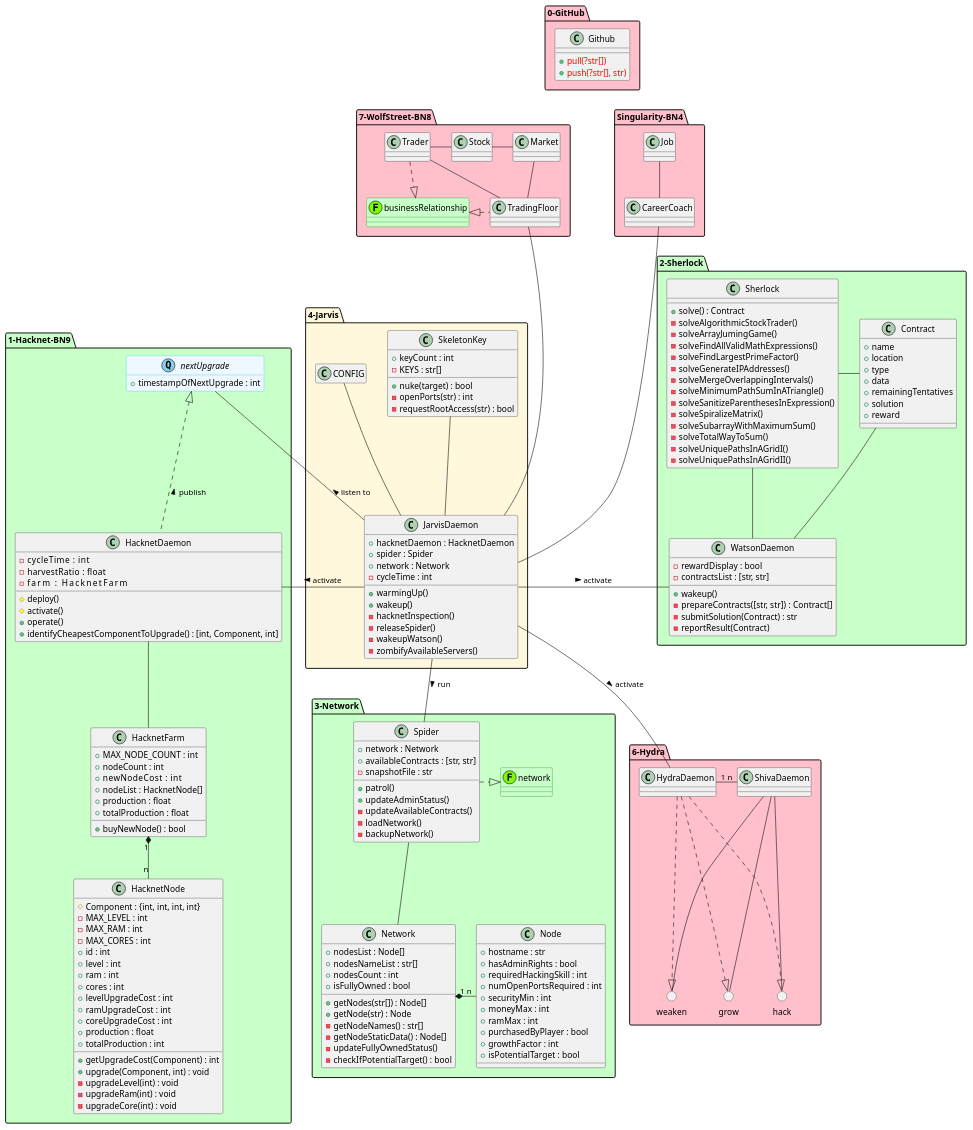
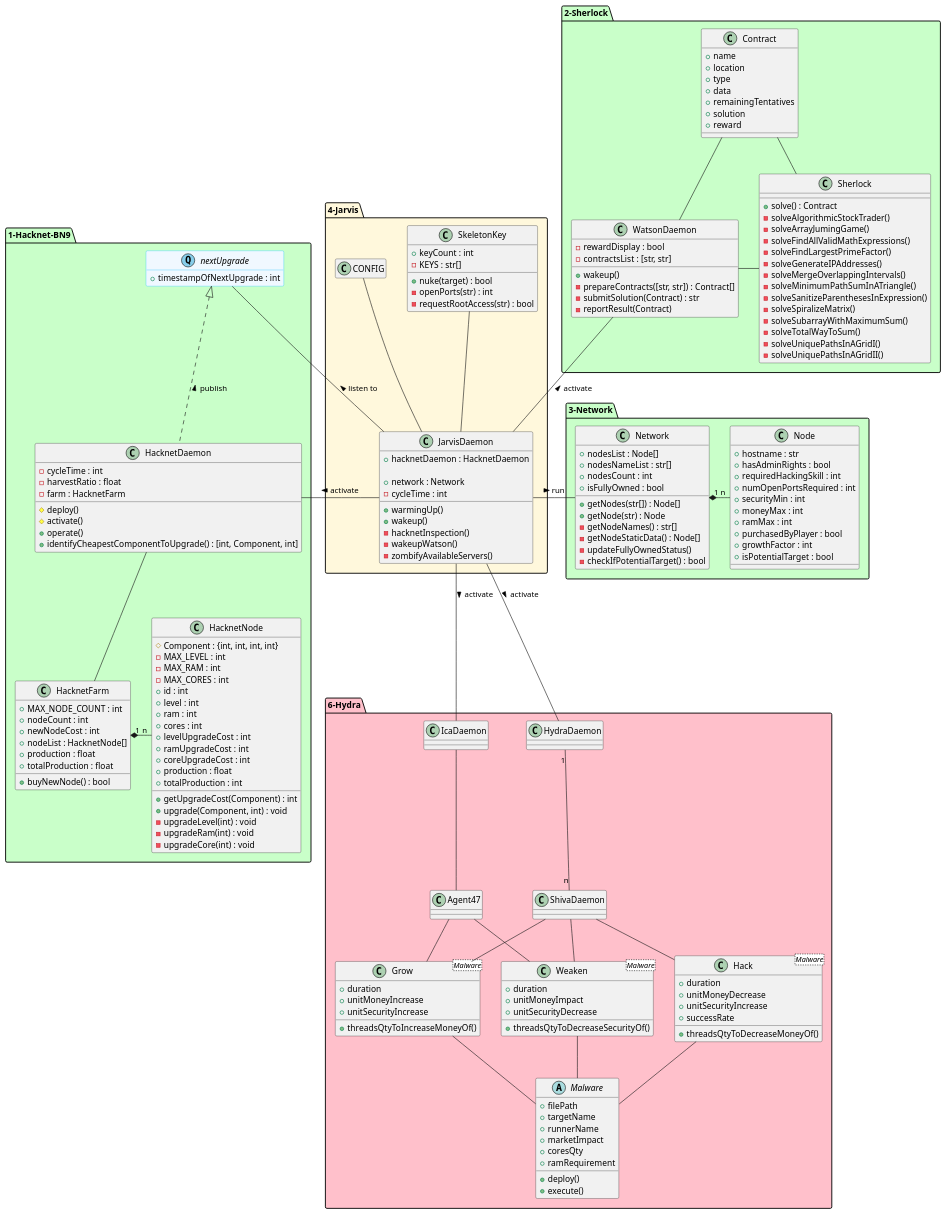
The diagram in assets/classdiagram.iuml (Desvart/bitburner), drawn with PlantUML before and after one commit. The commit also changed 30 other files, not shown here.

```diff
--- a/assets/classdiagram.iuml
+++ b/assets/classdiagram.iuml
@@ -2,13 +2,6 @@
 'https://plantuml-editor.kkeisuke.dev/
 
 'interface NetworkLastUpdate <<Q, skyblue>> #aliceblue;line:deepskyblue {}
-
-package 0-GitHub #pink{
-  class Github {
-    +<color:#red>pull(?str[])
-    +<color:#red>push(?str[], str)
-  }
-}
 
 package 1-Hacknet-BN9 #technology{
   hide empty member
@@ -19,32 +12,25 @@
   'entity hacknet <<F, lawngreen>> #technology;line:green {}
 
   class HacknetDaemon {
-    -cycleTime    : int
-    -harvestRatio   : float
-    -farm           : HacknetFarm
-    '-availableFunds : int
-    '-turnover       : int
+    -cycleTime : int
+    -harvestRatio : float
+    -farm : HacknetFarm
     
     #deploy()
     #activate()
     +operate()
     +identifyCheapestComponentToUpgrade() : [int, Component, int]
-    '-identifyMostProfitableUpgrade() : [int, str]
   }
 
   class HacknetFarm {
     +MAX_NODE_COUNT : int
     +nodeCount : int
-    +newNodeCost    : int
+    +newNodeCost : int
     +nodeList : HacknetNode[]
     +production : float
     +totalProduction : float
-    '-investment : float
-    '-funds : float
-    
-    '+saveSnapshot() : bool
+
     +buyNewNode() : bool
-    
   }
 
   'class HacknetNode <HacknetEntity> {
@@ -118,18 +104,6 @@
 
 package 3-Network #technology{
 
-  class Spider {
-    +network : Network
-    +availableContracts : [str, str]
-    -snapshotFile : str
-
-    +patrol()
-    +updateAdminStatus()
-    -updateAvailableContracts()
-    -loadNetwork()
-    -backupNetwork()
-  }
-
   class Network {
     +nodesList : Node[]
     +nodesNameList : str[]
@@ -156,8 +130,6 @@
     +growthFactor : int
     +isPotentialTarget : bool
   }
-
-  entity network <<F, lawngreen>> #technology;line:green{}
 }
 
 package 4-Jarvis #cornsilk{
@@ -166,14 +138,13 @@
 
   class JarvisDaemon {
     +hacknetDaemon : HacknetDaemon
-    +spider : Spider
+
     +network : Network
     -cycleTime : int
     
     +warmingUp()
     +wakeup()
     -hacknetInspection()
-    -releaseSpider()
     -wakeupWatson()
     -zombifyAvailableServers()
   }
@@ -192,32 +163,72 @@
 
 package 6-Hydra #pink{
 
+  class IcaDaemon {}
+
+  class Agent47 {}
+
   class HydraDaemon {}
+
   class ShivaDaemon {}
-  () hack
-  () weaken
-  () grow
+
+  class Hack <Malware> {
+    +duration
+    +unitMoneyDecrease
+    +unitSecurityIncrease
+    +successRate
+
+    +threadsQtyToDecreaseMoneyOf()
+  }
+
+  class Weaken <Malware> {
+    +duration
+    +unitMoneyImpact
+    +unitSecurityDecrease
+
+    +threadsQtyToDecreaseSecurityOf()
+  }
+
+  class Grow <Malware> {
+    +duration
+    +unitMoneyIncrease
+    +unitSecurityIncrease
+
+    +threadsQtyToIncreaseMoneyOf()
+  }
+
+  abstract Malware {
+    +filePath
+    +targetName
+    +runnerName
+    +marketImpact
+    +coresQty
+    +ramRequirement
+
+    +deploy()
+    +execute()
+  }
+
 }
 
-package 7-WolfStreet-BN8 #pink{
+'package 7-WolfStreet-BN8 #pink{
   
   'entity wolfStreetKibana  <<F, lawngreen>> #technology;line:green {}
-  entity businessRelationship <<F, lawngreen>> #technology;line:green {}
+ ' entity businessRelationship <<F, lawngreen>> #technology;line:green {}
   
-  class TradingFloor {}
-  class Trader {}
-  class Market {}
-  class Stock {}
-}
+  'class TradingFloor {}
+  'class Trader {}
+  'class Market {}
+  'class Stock {}
+'}
 
 'package Underworld-BN2 {}
 'package Corporatocracy-BN3 {}
 
-package Singularity-BN4 #pink{ 
+'package Singularity-BN4 #pink{
   '=> singularity functions
-  class CareerCoach {}
-  class Job {}
-}
+  'class CareerCoach {}
+  'class Job {}
+'}
 
 'package AI-BN5 {} => getBitNodeMultipliers() + formulas
 'package Bladeburners-BN6/7 {}
@@ -225,61 +236,55 @@
 'Package Sleeves-BN10{}
 
 
-
-'GIT'
-Github -[hidden]d---- JarvisDaemon
-
 'JARVIS'
 JarvisDaemon -u- CONFIG
 JarvisDaemon -u- SkeletonKey
 
 JarvisDaemon      -l-     HacknetDaemon : > activate
 nextUpgrade       -      JarvisDaemon   : < listen to
-JarvisDaemon      -d-    Spider         : > run
-JarvisDaemon      -r-    WatsonDaemon   : > activate
+JarvisDaemon      -r-    Network         : > run
+JarvisDaemon      -u-    WatsonDaemon   : > activate
 JarvisDaemon      --     HydraDaemon    : > activate
-JarvisDaemon      -u--   TradingFloor 
-JarvisDaemon      -u--   CareerCoach 
+JarvisDaemon      --     IcaDaemon    : > activate
+'JarvisDaemon      -u--   TradingFloor
+'JarvisDaemon      -u--   CareerCoach
 
 'HACKNET'
-'HacknetDaemon .left|> hacknet : > save
 HacknetDaemon     -- HacknetFarm
 HacknetDaemon     .u.|> nextUpgrade : > publish
-HacknetFarm   "1" *-- "n" HacknetNode
-'HacknetFarm      *-- HacknetServer
-'HacknetNode      <|-- HacknetEntity
-'HacknetServer    <|-- HacknetEntity
+HacknetFarm   "1" *-r- "n" HacknetNode
 
 'CONTRACTS'
 WatsonDaemon -u- Contract
-WatsonDaemon -u- Sherlock
-Sherlock - Contract
+WatsonDaemon -r- Sherlock
+Sherlock -l- Contract
 
-'SPIDER'
-Spider -d- Network
-Spider .r.|> network
+'NETWORK'
 Network "1" *-r- "n" Node
 
 'HYDRA'
-HydraDaemon "1" -r- "n" ShivaDaemon
-HydraDaemon ..|> hack
-HydraDaemon ..|> grow
-HydraDaemon ..|> weaken
-ShivaDaemon -- hack 
-ShivaDaemon -- grow
-ShivaDaemon -- weaken
+IcaDaemon -- Agent47
+HydraDaemon "1" -- "n" ShivaDaemon
+ShivaDaemon -d- Hack
+ShivaDaemon -d- Grow
+ShivaDaemon -d- Weaken
+Agent47 -d- Grow
+Agent47 -d- Weaken
+Hack -d- Malware
+Grow -d- Malware
+Weaken -d- Malware
 
 'TRADING'
-TradingFloor .l|> businessRelationship
-Trader       .d.|> businessRelationship
+'TradingFloor .l|> businessRelationship
+'Trader       .d.|> businessRelationship
 
-TradingFloor -u- Trader
-TradingFloor -u- Market
+'TradingFloor -u- Trader
+'TradingFloor -u- Market
 
-Trader -r- Stock
-Market -l- Stock
+'Trader -r- Stock
+'Market -l- Stock
 
 'JOB'
-CareerCoach -u- Job
+'CareerCoach -u- Job
 
 @enduml
```
